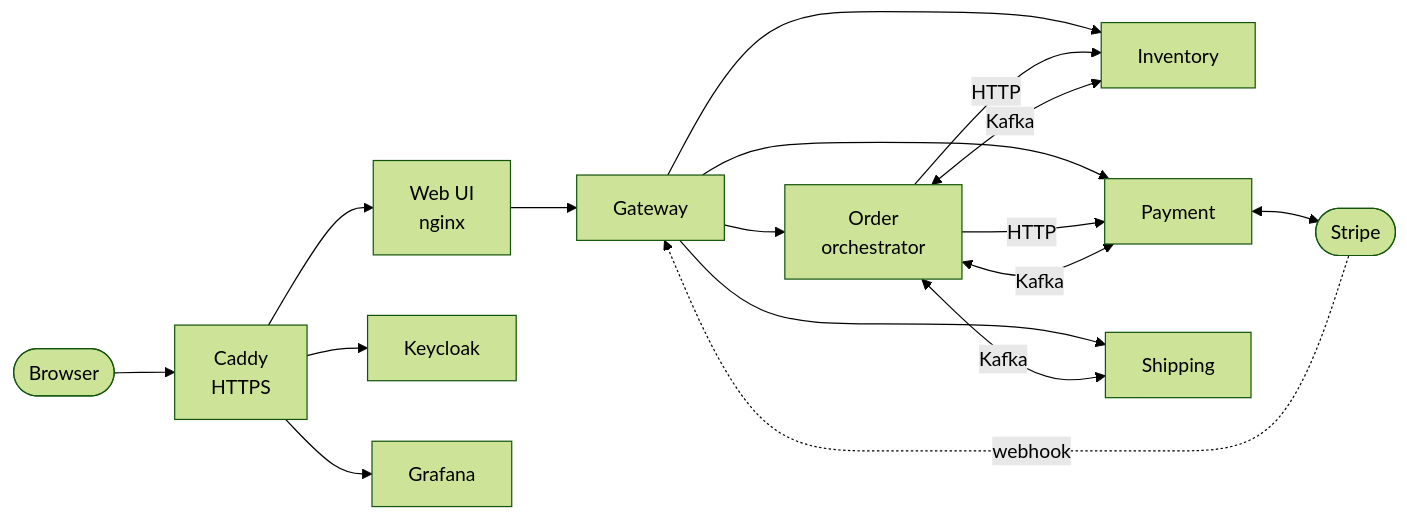
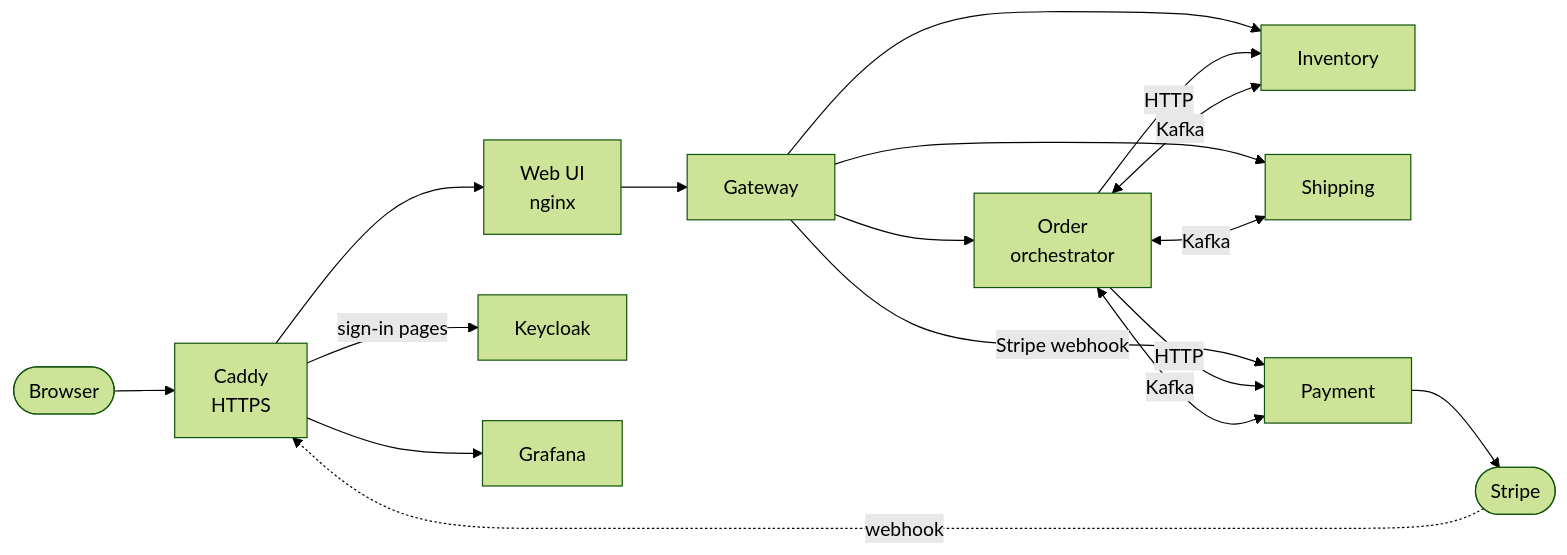
The diagram in README.md (ihorhartmann/E-commerce-App), drawn with Mermaid (forest theme) before and after one commit. The commit also changed other lines of this file and 4 other files, not shown here.

First line of the commit message:
IHO-39 README: link buttons, checkout details, corrected architecture diagram

````diff
--- a/README.md
+++ b/README.md
@@ -78,19 +91,19 @@
 ```mermaid
 flowchart LR
     browser([Browser]) --> caddy[Caddy<br/>HTTPS]
+    stripe([Stripe]) -. webhook .-> caddy
     caddy --> webui[Web UI<br/>nginx]
-    caddy --> keycloak[Keycloak]
+    caddy -- sign-in pages --> keycloak[Keycloak]
     caddy --> grafana[Grafana]
     webui --> gateway[Gateway]
     gateway --> order[Order<br/>orchestrator]
     gateway --> inventory[Inventory]
-    gateway --> payment[Payment]
     gateway --> shipping[Shipping]
+    gateway -- Stripe webhook --> payment[Payment]
     order -- HTTP --> inventory
     order -- HTTP --> payment
     order <-- Kafka --> inventory
     order <-- Kafka --> payment
     order <-- Kafka --> shipping
-    payment <--> stripe([Stripe])
-    stripe -. webhook .-> gateway
+    payment --> stripe
 ```
````
